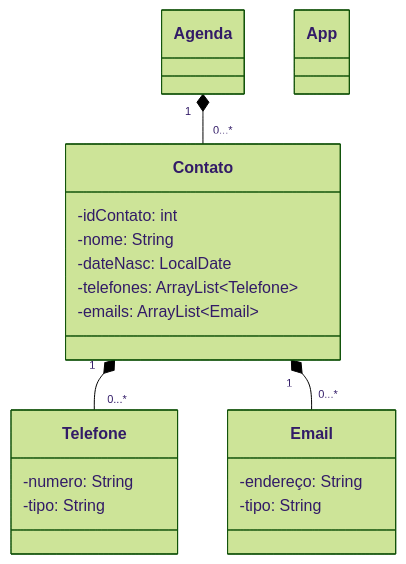
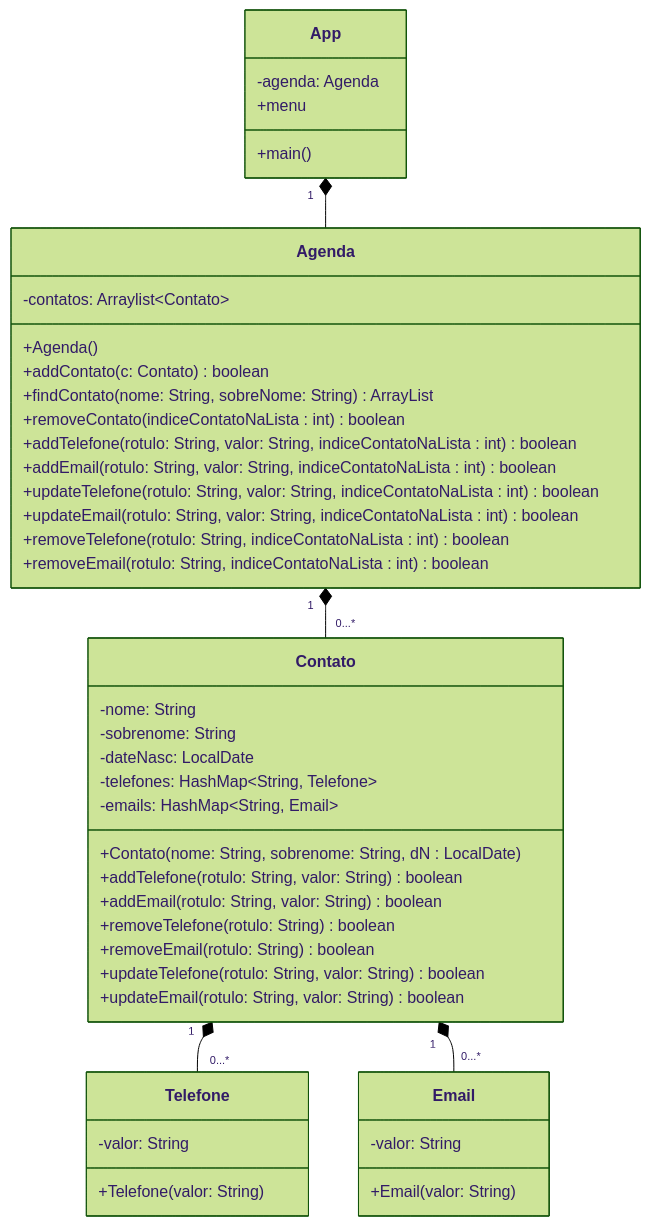
One commit to Bruno3300/POO changed the diagram in aulas/2026-10-06/Readme2.md. Above: the diagram before and after it, drawn with Mermaid (forest theme). The commit also changed 7 other files, not shown here.

````diff
--- a/aulas/2026-10-06/Readme2.md
+++ b/aulas/2026-10-06/Readme2.md
@@ -1,32 +1,51 @@
 ```mermaid
 classDiagram
     class Contato {
-        -idContato: int
         -nome: String
+        -sobrenome: String
         -dateNasc: LocalDate
-        -telefones: ArrayList~Telefone~
-        -emails: ArrayList~Email~
+        -telefones: HashMap~String, Telefone~
+        -emails: HashMap~String, Email~
+        +Contato(nome: String, sobrenome: String, dN : LocalDate)
+        +addTelefone(rotulo: String, valor: String) boolean
+        +addEmail(rotulo: String, valor: String) boolean
+        +removeTelefone(rotulo: String) boolean
+        +removeEmail(rotulo: String) boolean
+        +updateTelefone(rotulo: String, valor: String) boolean
+        +updateEmail(rotulo: String, valor: String) boolean
     }
     
     class Telefone {
-        -numero: String
-        -tipo: String
+        -valor: String
+        +Telefone(valor: String)
     }
     
     class Email {
-        -endereço: String
-        -tipo: String
+        -valor: String
+        +Email(valor: String)
     }
     
     class Agenda {
-        
+        -contatos: Arraylist~Contato~
+        +Agenda()
+        +addContato(c: Contato) boolean
+        +findContato(nome: String, sobreNome: String) ArrayList<Contato>
+        +removeContato(indiceContatoNaLista : int) boolean
+        +addTelefone(rotulo: String, valor: String, indiceContatoNaLista : int) boolean
+        +addEmail(rotulo: String, valor: String, indiceContatoNaLista : int) boolean
+        +updateTelefone(rotulo: String, valor: String, indiceContatoNaLista : int) boolean
+        +updateEmail(rotulo: String, valor: String, indiceContatoNaLista : int) boolean
+        +removeTelefone(rotulo: String, indiceContatoNaLista : int) boolean
+        +removeEmail(rotulo: String, indiceContatoNaLista : int) boolean
     }
     
     class App {
-        
+        -agenda: Agenda
+        +main()
+        +menu
     }
-    
+    App "1" *-- Agenda
     Agenda "1" *-- "0...*" Contato
     Contato "1" *-- "0...*" Telefone
     Contato "1" *-- "0...*" Email
 ```
````
